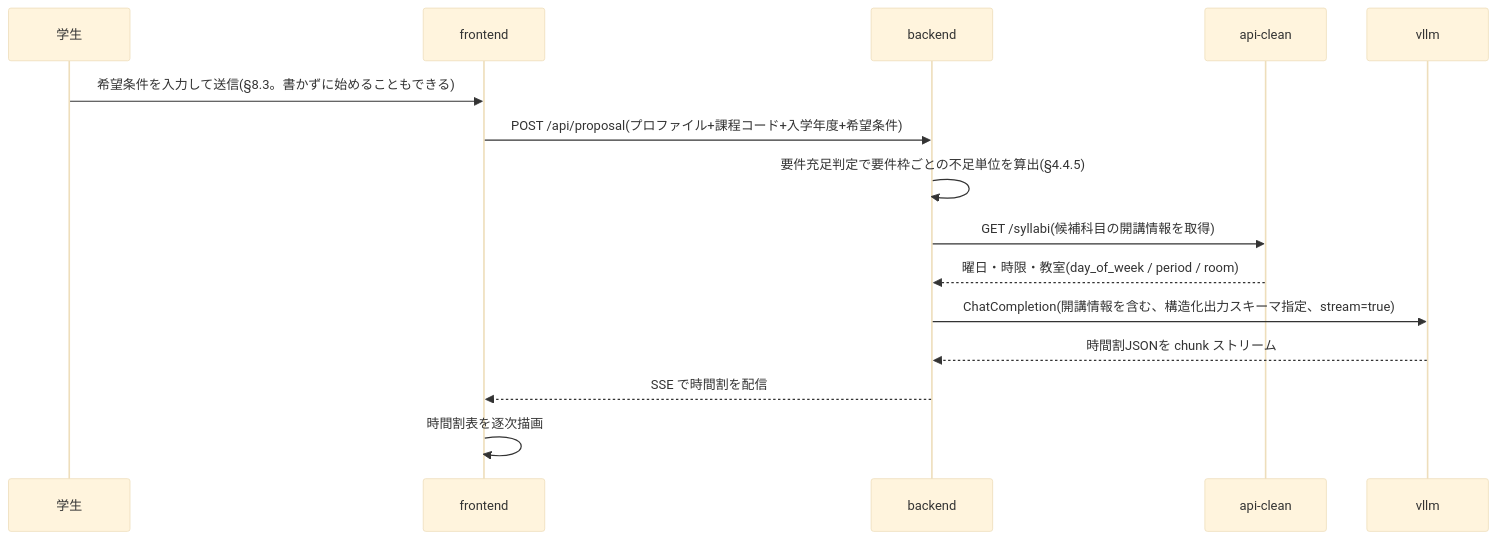
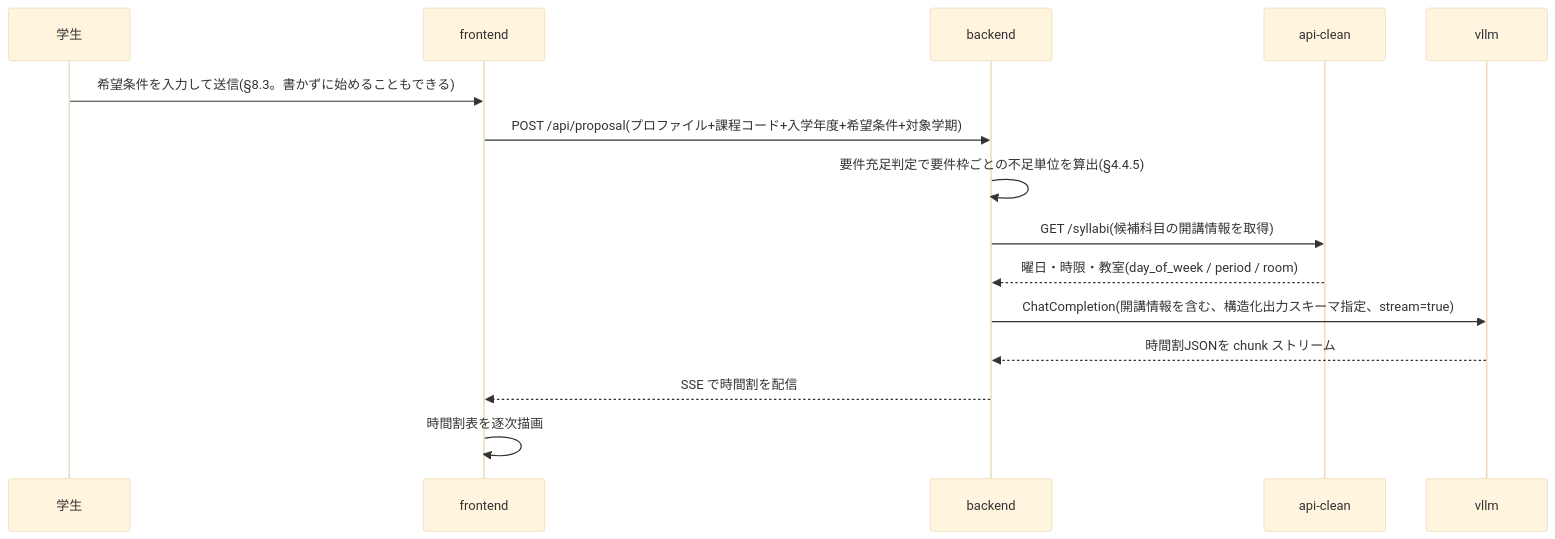
The second of 4 diagrams in docs/design/05-interfaces.md (ProjectResearch2026/Syllabel), drawn with Mermaid (base theme) before and after one commit. The commit also changed other lines of this file and 23 other files, not shown here.

````diff
--- a/docs/design/05-interfaces.md
+++ b/docs/design/05-interfaces.md
@@ -365,17 +368,17 @@
 ```mermaid
 sequenceDiagram
   participant User as 学生
   participant FE as frontend
   participant BE as backend
   participant API as api-clean
   participant LLM as vllm
   User->>FE: 希望条件を入力して送信(§8.3。書かずに始めることもできる)
-  FE->>BE: POST /api/proposal(プロファイル+課程コード+入学年度+希望条件)
+  FE->>BE: POST /api/proposal(プロファイル+課程コード+入学年度+希望条件+対象学期)
   BE->>BE: 要件充足判定で要件枠ごとの不足単位を算出(§4.4.5)
   BE->>API: GET /syllabi(候補科目の開講情報を取得)
   API-->>BE: 曜日・時限・教室(day_of_week / period / room)
   BE->>LLM: ChatCompletion(開講情報を含む、構造化出力スキーマ指定、stream=true)
   LLM-->>BE: 時間割JSONを chunk ストリーム
   BE-->>FE: SSE で時間割を配信
   FE->>FE: 時間割表を逐次描画
 ```
````
